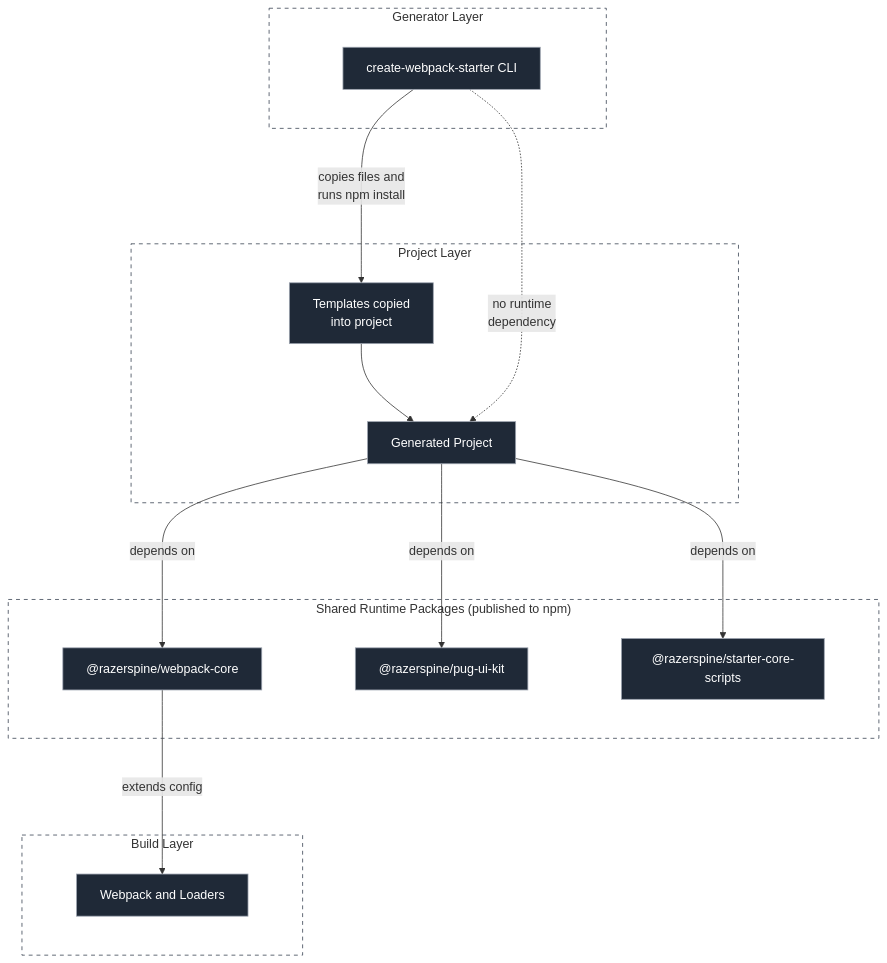
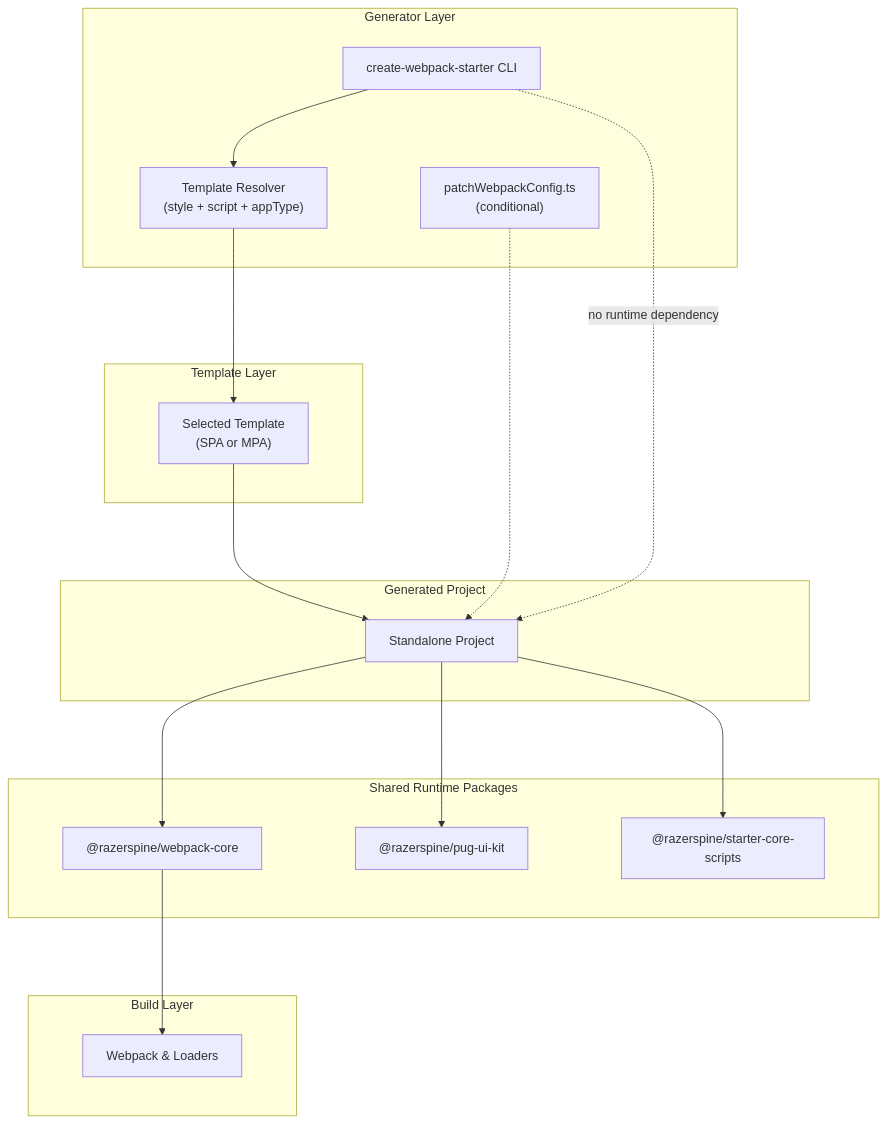
The diagram in docs/architecture.md (Razerspine/razerspine-stack), drawn with Mermaid before and after one commit. The commit also changed other lines of this file and 1 other file, not shown here.

Commit message:
root: update docs

````diff
--- a/docs/architecture.md
+++ b/docs/architecture.md
@@ -6,57 +6,41 @@
 ```mermaid
-%%{init: { 'flowchart': { 'rankSpacing': 100, 'nodeSpacing': 120, 'curve': 'basis' } } }%%
+%%{init: { 'flowchart': { 'rankSpacing': 100, 'nodeSpacing': 120 } } }%%
 flowchart TD
 
-%% =========================
-%% Generator Layer
-%% =========================
 subgraph L1 ["Generator Layer"]
     CLI["create-webpack-starter CLI"]
+    RESOLVER["Template Resolver<br/>(style + script + appType)"]
+    PATCH["patchWebpackConfig.ts<br/>(conditional)"]
 end
 
-%% =========================
-%% Project Layer
-%% =========================
-subgraph L2 ["Project Layer"]
-    TEMPLATES["Templates copied<br/>into project"]
-    PROJECT["Generated Project"]
+subgraph L2 ["Template Layer"]
+    TEMPLATE["Selected Template<br/>(SPA or MPA)"]
 end
 
-%% =========================
-%% Runtime Layer
-%% =========================
-subgraph L3 ["Shared Runtime Packages (published to npm)"]
+subgraph L3 ["Generated Project"]
+    PROJECT["Standalone Project"]
+end
+
+subgraph L4 ["Shared Runtime Packages"]
     CORE["@razerspine/webpack-core"]
     UI["@razerspine/pug-ui-kit"]
     SCRIPTS["@razerspine/starter-core-scripts"]
 end
 
-%% =========================
-%% Build Layer
-%% =========================
-subgraph L4 ["Build Layer"]
-    WEBPACK["Webpack and Loaders"]
+subgraph L5 ["Build Layer"]
+    WEBPACK["Webpack & Loaders"]
 end
 
-%% =========================
-%% Connections (Flow)
-%% =========================
-CLI -- "copies files and<br/>runs npm install" --> TEMPLATES
-TEMPLATES --> PROJECT
+CLI --> RESOLVER
+RESOLVER --> TEMPLATE
+TEMPLATE --> PROJECT
+PATCH -.-> PROJECT
 
-PROJECT -- "depends on" --> CORE
-PROJECT -- "depends on" --> UI
-PROJECT -- "depends on" --> SCRIPTS
+PROJECT --> CORE
+PROJECT --> UI
+PROJECT --> SCRIPTS
 
-CORE -- "extends config" --> WEBPACK
+CORE --> WEBPACK
 
-%% Important constraint (dashed line)
-CLI -.->|"no runtime<br/>dependency"| PROJECT
-
-%% Styling
-classDef default fill:#1f2937,stroke:#9ca3af,stroke-width:1px,color:#fff
-style L1 fill:none,stroke:#374151,stroke-dasharray: 5 5
-style L2 fill:none,stroke:#374151,stroke-dasharray: 5 5
-style L3 fill:none,stroke:#374151,stroke-dasharray: 5 5
-style L4 fill:none,stroke:#374151,stroke-dasharray: 5 5
+CLI -.->|"no runtime dependency"| PROJECT
 ```
````
